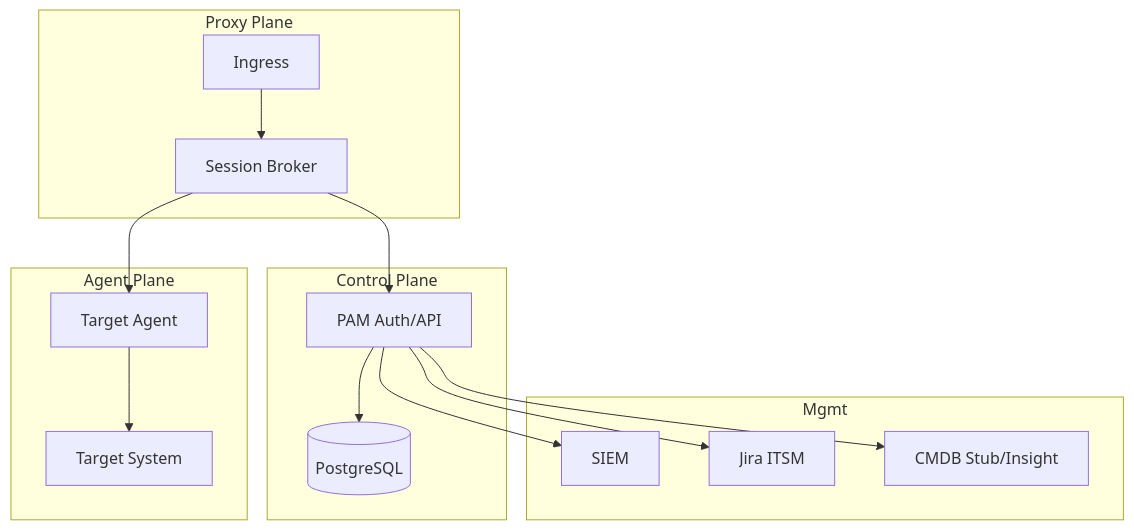
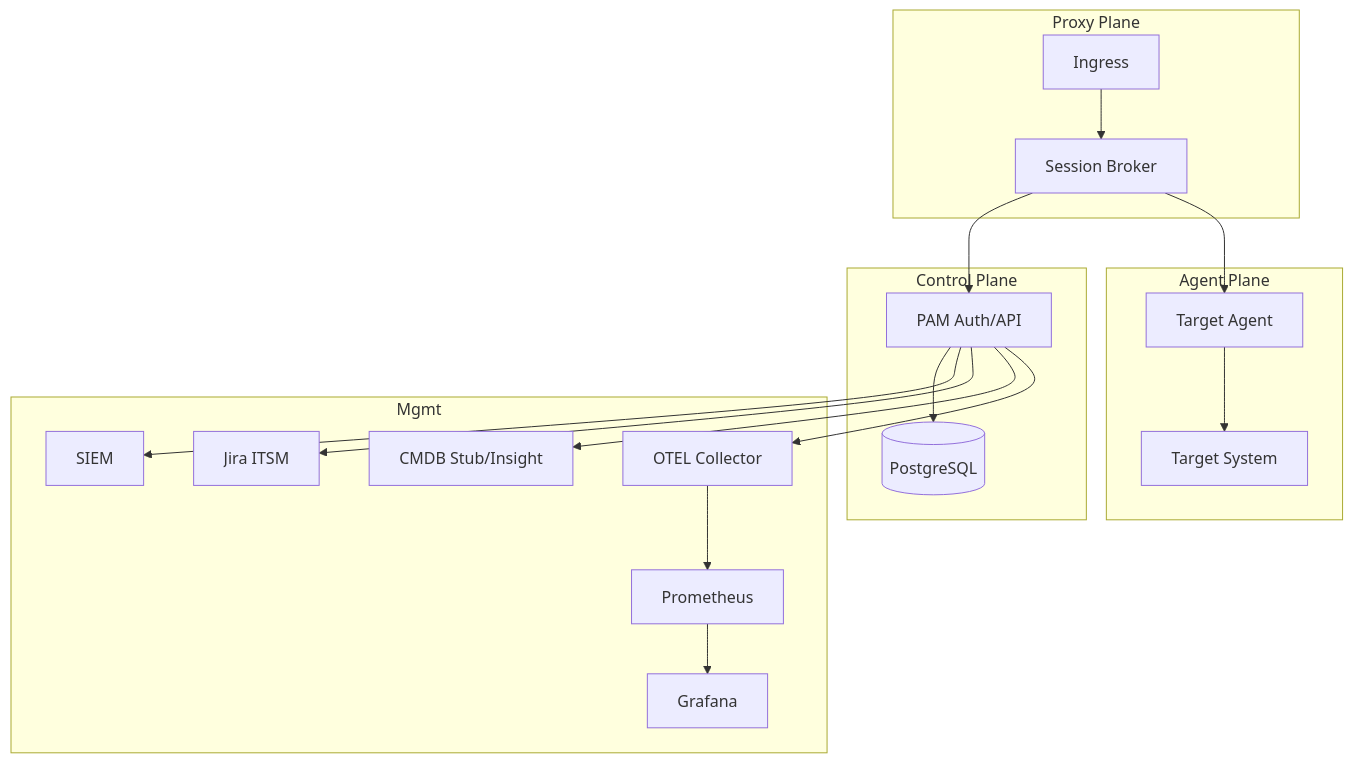
Before and after one commit to qmish/pam-gateway: the first of 2 diagrams in docs/sld.md, drawn with Mermaid. The commit also changed other lines of this file and 2 other files, not shown here.

First line of the commit message:
﻿Update checklists and architecture docs.

````diff
--- a/docs/sld.md
+++ b/docs/sld.md
@@ -19,27 +21,31 @@
 ```mermaid
 flowchart TB
   subgraph control [Control Plane]
     Auth[PAM Auth/API]
     PG[(PostgreSQL)]
   end
   subgraph proxy [Proxy Plane]
     Ingress[Ingress]
     Broker[Session Broker]
   end
   subgraph agent [Agent Plane]
     Agent[Target Agent]
     Target[Target System]
   end
   subgraph mgmt [Mgmt]
     SIEM[SIEM]
     ITSM[Jira ITSM]
     CMDB[CMDB Stub/Insight]
+    OTEL[OTEL Collector]
+    Prom[Prometheus]
+    Grafana[Grafana]
   end
 
   Ingress --> Broker --> Auth
   Auth --> PG
   Broker --> Agent --> Target
   Auth --> SIEM
   Auth --> ITSM
   Auth --> CMDB
+  Auth --> OTEL --> Prom --> Grafana
 ```
````
